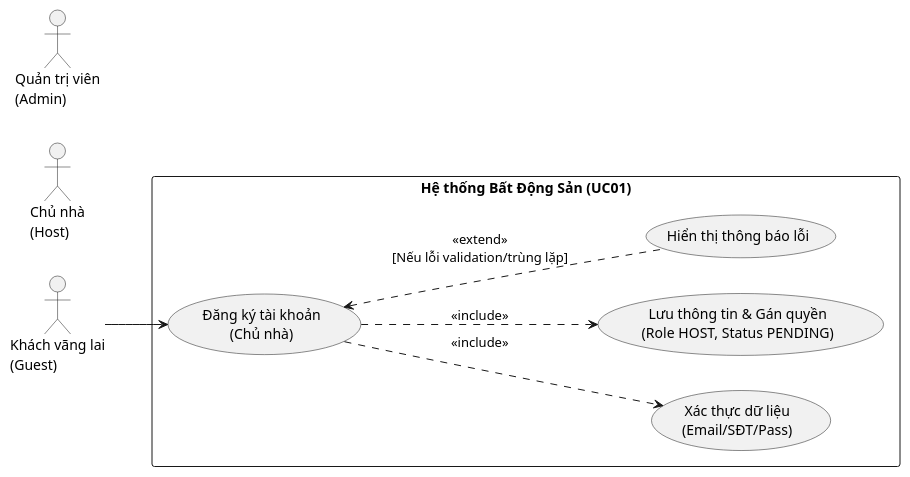
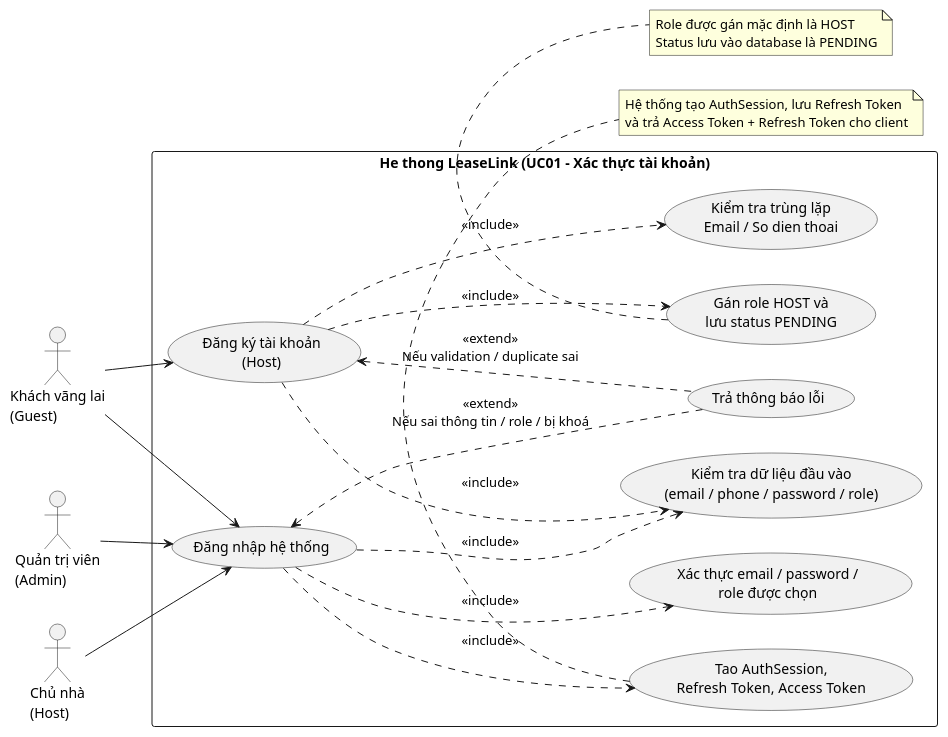
One commit to chishiya2309/LeaseLink-Backend changed the diagram in src/main/java/vn/hcmute/edu/lequanghung_nguyenthaibao/backend/uml/UC01/uc1.puml. Above: the diagram before and after it, drawn with PlantUML. The commit also changed 24 other files, not shown here.

Commit message:
Đăng nhập, đăng ký và đổi mật khẩu, điều chỉnh lại diagram

```diff
--- a/src/main/java/vn/hcmute/edu/lequanghung_nguyenthaibao/backend/uml/UC01/uc1.puml
+++ b/src/main/java/vn/hcmute/edu/lequanghung_nguyenthaibao/backend/uml/UC01/uc1.puml
@@ -1,26 +1,46 @@
 @startuml
 left to right direction
 skinparam packageStyle rectangle
 
 actor "Khách vãng lai\n(Guest)" as guest
 actor "Chủ nhà\n(Host)" as host
 actor "Quản trị viên\n(Admin)" as admin
 
-package "Hệ thống Bất Động Sản (UC01)" {
-    usecase "Đăng ký tài khoản\n(Chủ nhà)" as UC_Register
-    usecase "Xác thực dữ liệu\n(Email/SĐT/Pass)" as UC_Validate
-    usecase "Lưu thông tin & Gán quyền\n(Role HOST, Status PENDING)" as UC_Persist
-    usecase "Hiển thị thông báo lỗi" as UC_ShowError
+package "He thong LeaseLink (UC01 - Xác thực tài khoản)" {
+    usecase "Đăng ký tài khoản\n(Host)" as UC_Register
+    usecase "Đăng nhập hệ thống" as UC_Login
+    usecase "Kiểm tra dữ liệu đầu vào\n(email / phone / password / role)" as UC_Validate
+    usecase "Kiểm tra trùng lặp\nEmail / So dien thoai" as UC_CheckDuplicate
+    usecase "Gán role HOST và\nlưu status PENDING" as UC_PersistRegister
+    usecase "Xác thực email / password /\nrole được chọn" as UC_Authenticate
+    usecase "Tao AuthSession,\nRefresh Token, Access Token" as UC_IssueToken
+    usecase "Trả thông báo lỗi" as UC_ShowError
 }
 
-' Định nghĩa các luồng tương tác của Actor
 guest --> UC_Register
+guest --> UC_Login
+host --> UC_Login
+admin --> UC_Login
 
-' Các mối quan hệ Include (Bắt buộc phải có)
 UC_Register ..> UC_Validate : <<include>>
-UC_Register ..> UC_Persist : <<include>>
+UC_Register ..> UC_CheckDuplicate : <<include>>
+UC_Register ..> UC_PersistRegister : <<include>>
 
-' Các mối quan hệ Extend (Luồng ngoại lệ)
-UC_ShowError .up.> UC_Register : <<extend>>\n[Nếu lỗi validation/trùng lặp]
+UC_Login ..> UC_Validate : <<include>>
+UC_Login ..> UC_Authenticate : <<include>>
+UC_Login ..> UC_IssueToken : <<include>>
+
+UC_ShowError .up.> UC_Register : <<extend>>\nNếu validation / duplicate sai
+UC_ShowError .up.> UC_Login : <<extend>>\nNếu sai thông tin / role / bị khoá
+
+note bottom of UC_PersistRegister
+Role được gán mặc định là HOST
+Status lưu vào database là PENDING
+end note
+
+note bottom of UC_IssueToken
+Hệ thống tạo AuthSession, lưu Refresh Token
+và trả Access Token + Refresh Token cho client
+end note
 
 @enduml
```
